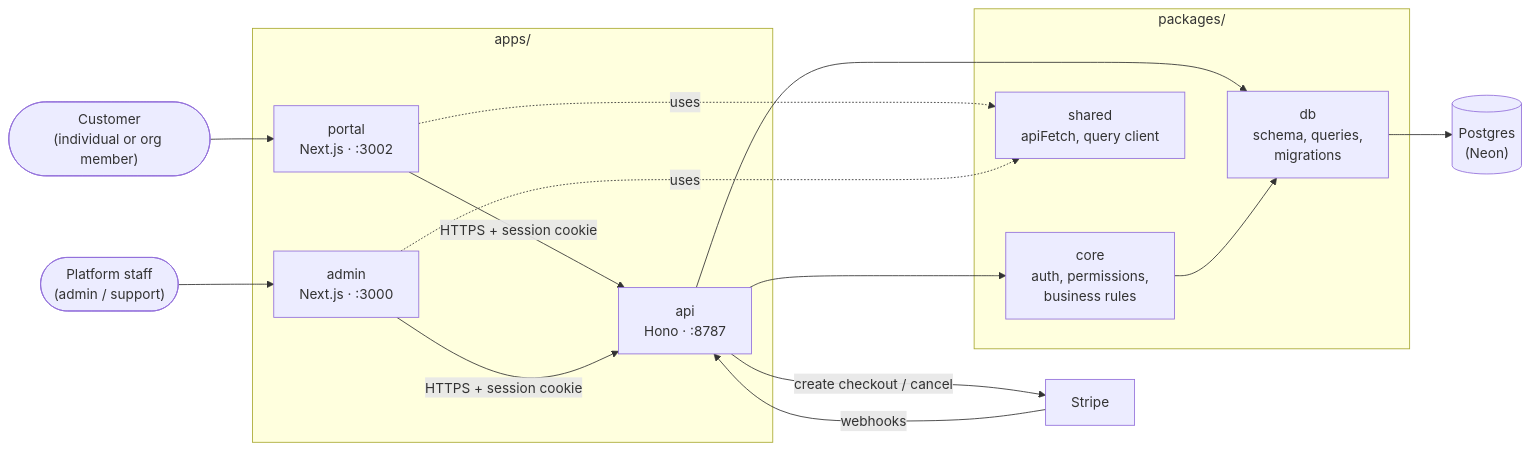
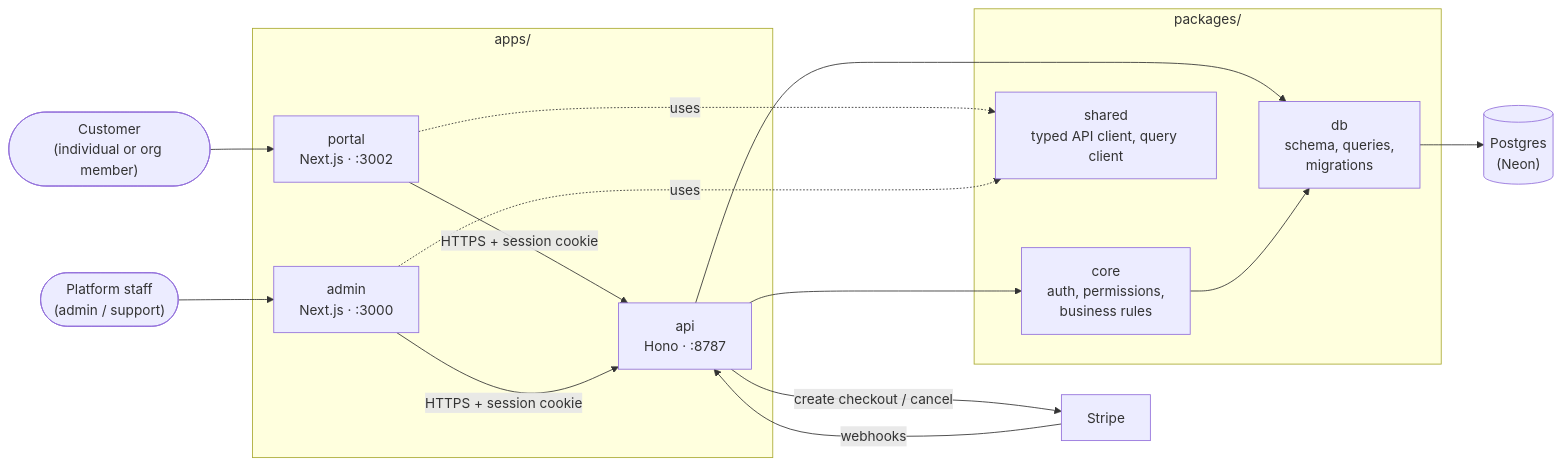
One commit to m-ahmedbashir/saas-hono-setup changed the first of 6 diagrams in ARCHITECTURE.md. Above: the diagram before and after it, drawn with Mermaid. The commit also changed other lines of this file and 3 other files, not shown here.

First line of the commit message:
docs: record the typed API client rules and the controller-inference finding

````diff
--- a/ARCHITECTURE.md
+++ b/ARCHITECTURE.md
@@ -9,33 +9,33 @@
 ```mermaid
 flowchart LR
     customer(["Customer<br/>(individual or org member)"])
     staff(["Platform staff<br/>(admin / support)"])
 
     subgraph apps["apps/"]
         portal["portal<br/>Next.js · :3002"]
         admin["admin<br/>Next.js · :3000"]
         api["api<br/>Hono · :8787"]
     end
 
     subgraph packages["packages/"]
         core["core<br/>auth, permissions,<br/>business rules"]
         db["db<br/>schema, queries,<br/>migrations"]
-        shared["shared<br/>apiFetch, query client"]
+        shared["shared<br/>typed API client, query client"]
     end
 
     pg[("Postgres<br/>(Neon)")]
     stripe["Stripe"]
 
     customer --> portal
     staff --> admin
     portal -- "HTTPS + session cookie" --> api
     admin -- "HTTPS + session cookie" --> api
     portal -.uses.-> shared
     admin -.uses.-> shared
     api --> core
     api --> db
     core --> db
     db --> pg
     api -- "create checkout / cancel" --> stripe
     stripe -- "webhooks" --> api
 ```
````
